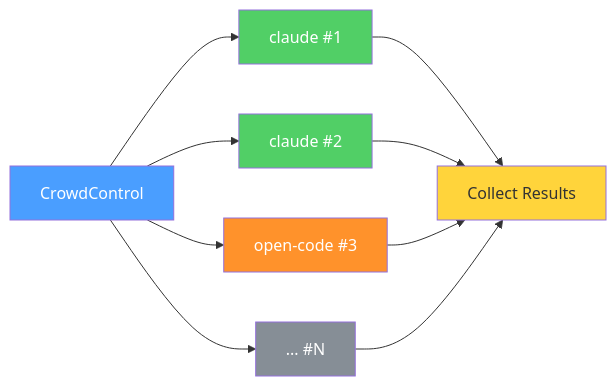
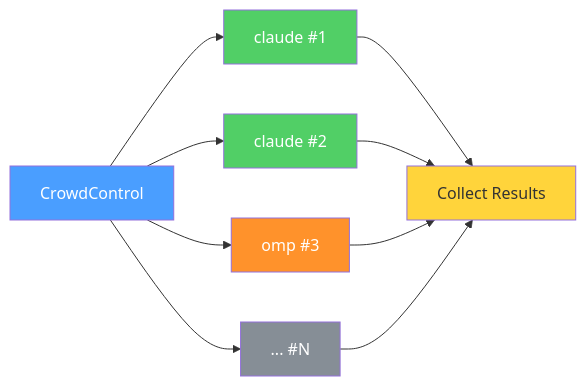
The first of 12 diagrams in README.md (nyo16/CrowdControl), drawn with Mermaid before and after one commit. The commit also changed other lines of this file and 21 other files, not shown here.

````diff
--- a/README.md
+++ b/README.md
@@ -12,18 +12,18 @@
 ```mermaid
 graph LR
     CC[CrowdControl] --> S1[claude #1]
     CC --> S2[claude #2]
-    CC --> S3[open-code #3]
+    CC --> S3[omp #3]
     CC --> SN[... #N]
     S1 --> R[Collect Results]
     S2 --> R
     S3 --> R
     SN --> R
 
     style CC fill:#4a9eff,color:#fff
     style S1 fill:#51cf66,color:#fff
     style S2 fill:#51cf66,color:#fff
     style S3 fill:#ff922b,color:#fff
     style SN fill:#868e96,color:#fff
     style R fill:#ffd43b,color:#333
 ```
````
